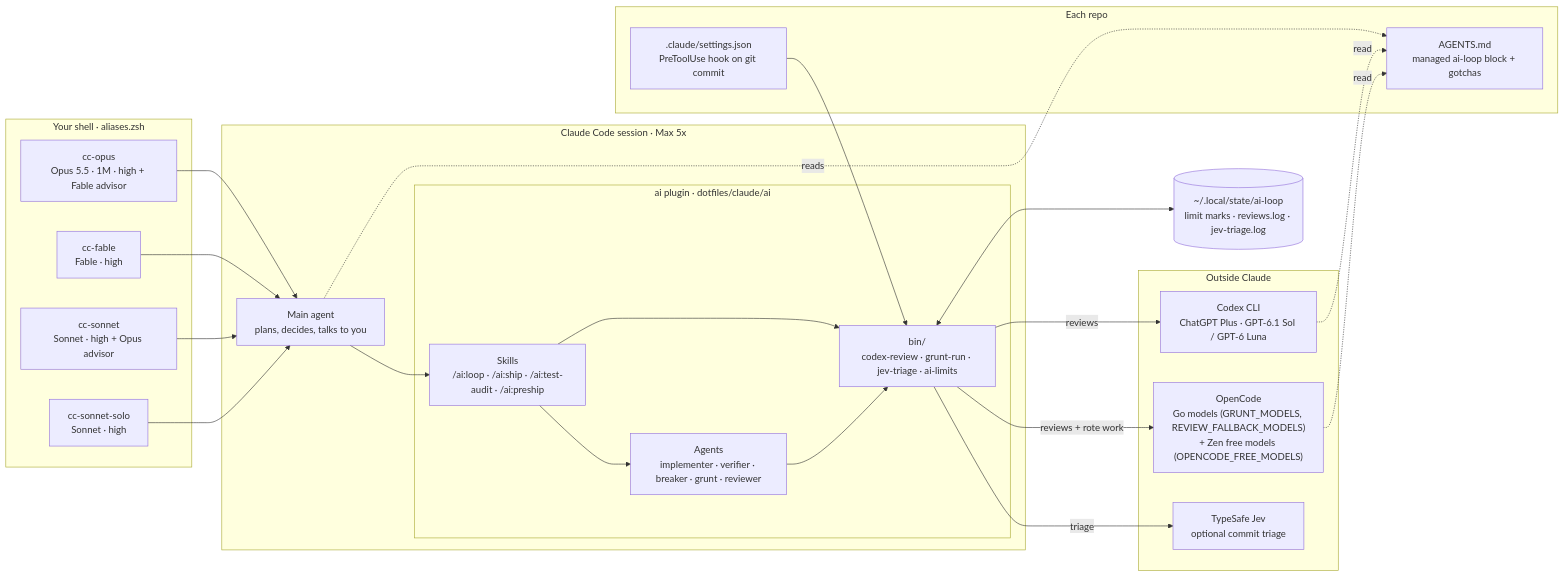
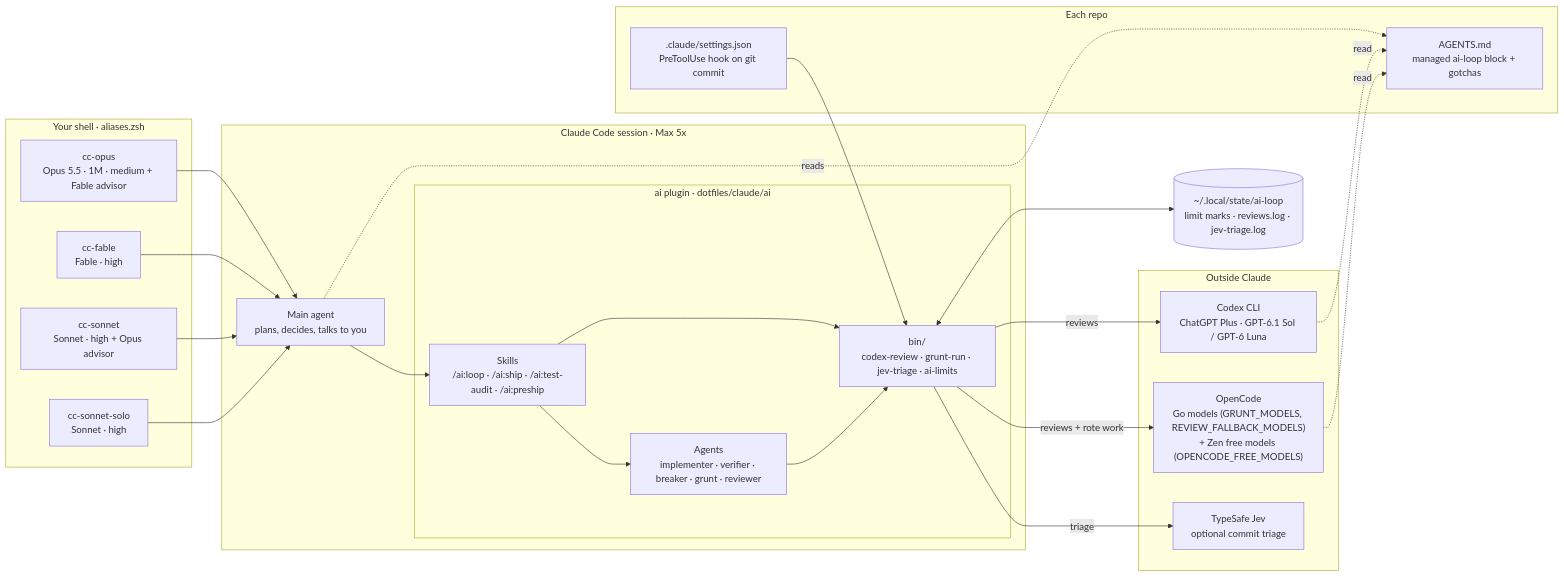
Before and after one commit to mrkpatchaa/dotfiles: the first of 9 diagrams in claude/ARCHITECTURE.md, drawn with Mermaid. The commit also changed other lines of this file and 3 other files, not shown here.

First line of the commit message:
feat(claude): cc-opus starts at effort medium, CC_OPUS_EFFORT sets it

````diff
--- a/claude/ARCHITECTURE.md
+++ b/claude/ARCHITECTURE.md
@@ -18,44 +18,44 @@
 ```mermaid
 flowchart LR
   subgraph shell["Your shell · aliases.zsh"]
-    A1["cc-opus<br/>Opus 5.5 · 1M · high + Fable advisor"]
+    A1["cc-opus<br/>Opus 5.5 · 1M · medium + Fable advisor"]
     A2["cc-fable<br/>Fable · high"]
     A3["cc-sonnet<br/>Sonnet · high + Opus advisor"]
     A4["cc-sonnet-solo<br/>Sonnet · high"]
   end
 
   subgraph cc["Claude Code session · Max 5x"]
     MAIN["Main agent<br/>plans, decides, talks to you"]
     subgraph plugin["ai plugin · dotfiles/claude/ai"]
       SK["Skills<br/>/ai:loop · /ai:ship · /ai:test-audit · /ai:preship"]
       AG["Agents<br/>implementer · verifier · breaker · grunt · reviewer"]
       BIN["bin/<br/>codex-review · grunt-run · jev-triage · ai-limits"]
     end
   end
 
   subgraph repo["Each repo"]
     AGM["AGENTS.md<br/>managed ai-loop block + gotchas"]
     HOOK[".claude/settings.json<br/>PreToolUse hook on git commit"]
   end
 
   subgraph ext["Outside Claude"]
     CX["Codex CLI<br/>ChatGPT Plus · GPT-6.1 Sol / GPT-6 Luna"]
     OC["OpenCode<br/>Go models (GRUNT_MODELS, REVIEW_FALLBACK_MODELS)<br/>+ Zen free models (OPENCODE_FREE_MODELS)"]
     JEV["TypeSafe Jev<br/>optional commit triage"]
   end
 
   STATE[("~/.local/state/ai-loop<br/>limit marks · reviews.log · jev-triage.log")]
 
   A1 & A2 & A3 & A4 --> MAIN
   MAIN --> SK
   SK --> AG
   SK --> BIN
   AG --> BIN
   BIN -->|reviews| CX
   BIN -->|reviews + rote work| OC
   BIN -->|triage| JEV
   HOOK --> BIN
   MAIN -. reads .-> AGM
   CX & OC -. read .-> AGM
   BIN <--> STATE
 ```
````
